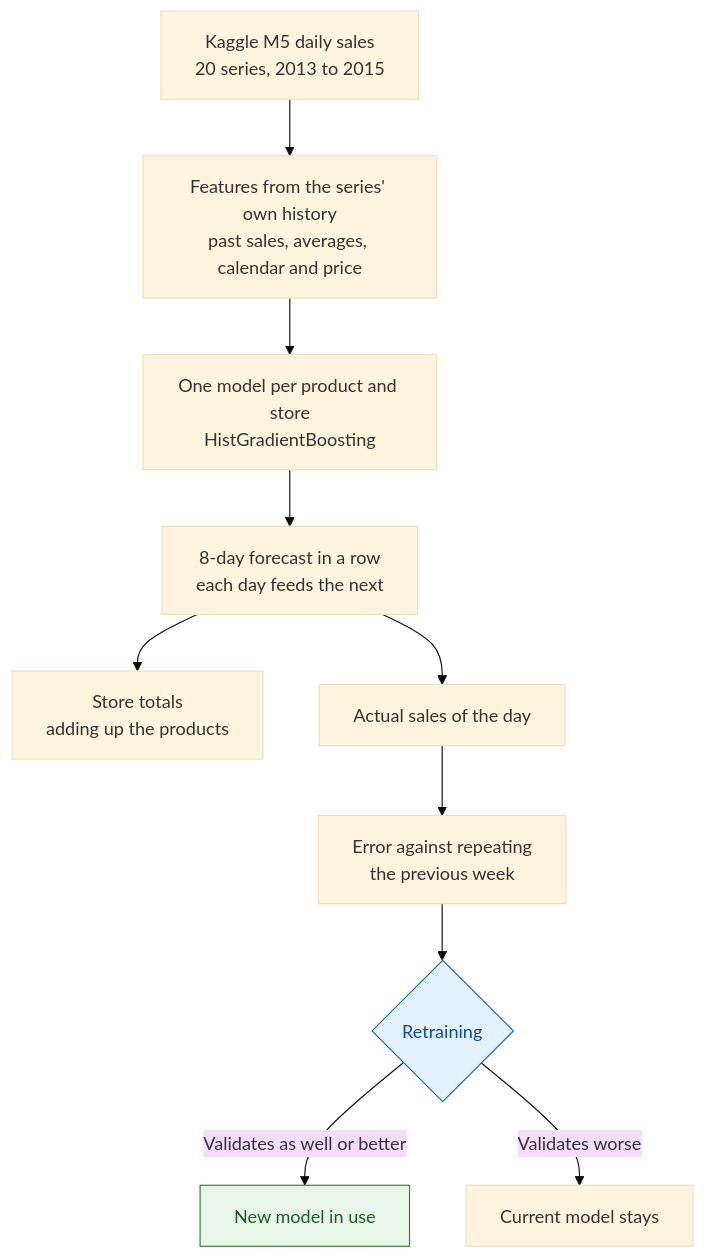
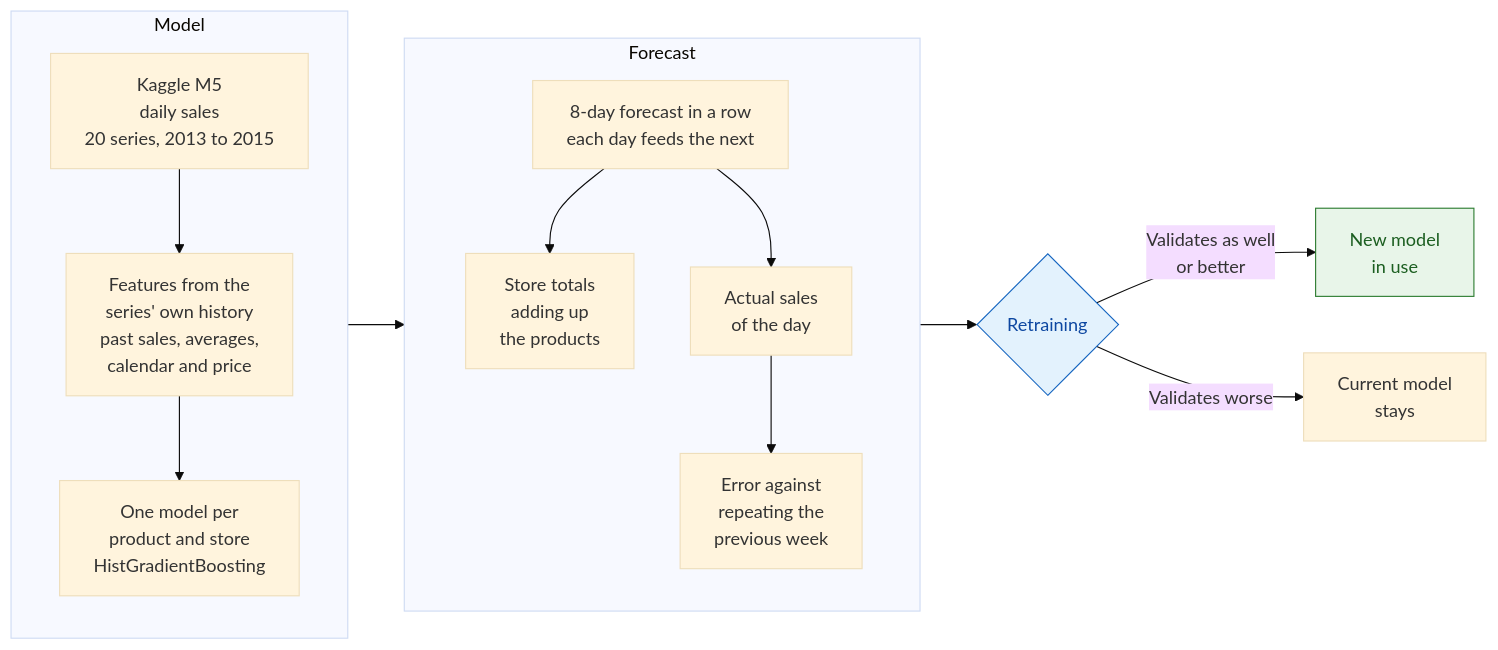
Before and after one commit to jleonceo/store-sales-forecasting-ml: the diagram in README.en.md, drawn with Mermaid (base theme). The commit also changed 1 other file, not shown here.

Commit message:
Esquema: pasa a horizontal para que ocupe menos de una pantalla
Iba de arriba abajo y ocupaba más de 1.000 píxeles de alto. Ahora va de
izquierda a derecha, con los pasos agrupados en columnas. El contenido de
las cajas es el mismo.

````diff
--- a/README.en.md
+++ b/README.en.md
@@ -43,14 +43,20 @@
 ```mermaid
-flowchart TD
-    D[Kaggle M5 daily sales<br/>20 series, 2013 to 2015] --> V[Features from the series' own history<br/>past sales, averages, calendar and price]
-    V --> M[One model per product and store<br/>HistGradientBoosting]
-    M --> P[8-day forecast in a row<br/>each day feeds the next]
-    P --> T[Store totals<br/>adding up the products]
-    P --> E[Actual sales of the day]
-    E --> X[Error against repeating<br/>the previous week]
-    X --> R{Retraining}
-    R -->|Validates as well or better| N[New model in use]
-    R -->|Validates worse| A[Current model stays]
+flowchart LR
+    subgraph S1[Model]
+        direction TB
+        D[Kaggle M5<br/>daily sales<br/>20 series, 2013 to 2015] --> V[Features from the<br/>series' own history<br/>past sales, averages,<br/>calendar and price]
+        V --> M[One model per<br/>product and store<br/>HistGradientBoosting]
+    end
+    subgraph S2[Forecast]
+        direction TB
+        P[8-day forecast in a row<br/>each day feeds the next] --> T[Store totals<br/>adding up<br/>the products]
+        P --> E[Actual sales<br/>of the day]
+        E --> X[Error against<br/>repeating the<br/>previous week]
+    end
+    S1 --> S2
+    S2 --> R{Retraining}
+    R -->|Validates as well<br/>or better| N[New model<br/>in use]
+    R -->|Validates worse| A[Current model<br/>stays]
     style R fill:#e3f2fd,stroke:#1565c0,color:#0d47a1
     style N fill:#e8f5e9,stroke:#2e7d32,color:#1b5e20
 ```
````
